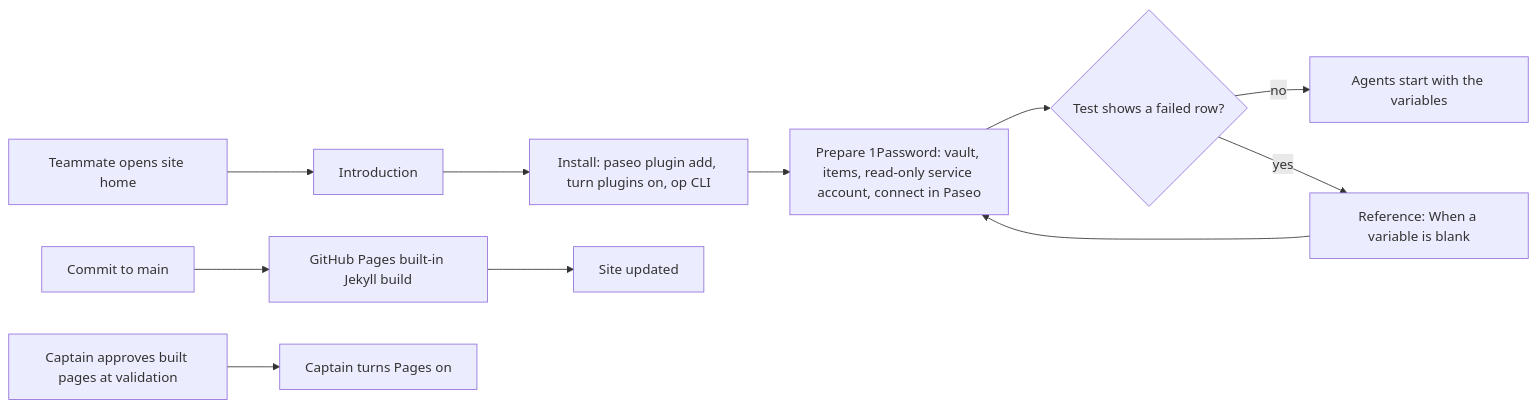
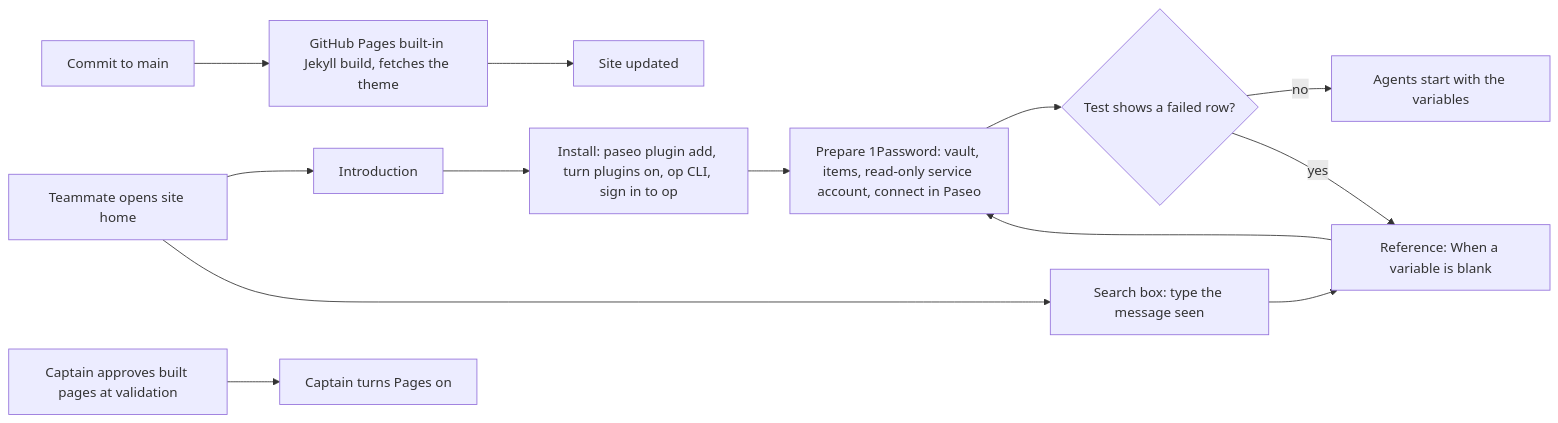
One commit to iamcxa/kc-paseo-plugins changed the diagram in project-env-docs-site.md. Above: the diagram before and after it, drawn with Mermaid. The commit also changed other lines of this file and 55 other files, not shown here.

Commit message:
ideation(project-env-docs-site): cycle 2, just-the-docs theme, sign-in step, search, review 4 and decline check 2

````diff
--- a/project-env-docs-site.md
+++ b/project-env-docs-site.md
@@ -96,12 +99,13 @@
 ```mermaid
 flowchart LR
   R[Teammate opens site home] --> I[Introduction]
-  I --> N[Install: paseo plugin add, turn plugins on, op CLI]
+  I --> N[Install: paseo plugin add, turn plugins on, op CLI, sign in to op]
   N --> P[Prepare 1Password: vault, items, read-only service account, connect in Paseo]
   P --> T{Test shows a failed row?}
   T -- no --> D[Agents start with the variables]
   T -- yes --> B[Reference: When a variable is blank]
   B --> P
-  M[Commit to main] --> J[GitHub Pages built-in Jekyll build] --> S[Site updated]
+  R --> Q[Search box: type the message seen] --> B
+  M[Commit to main] --> J[GitHub Pages built-in Jekyll build, fetches the theme] --> S[Site updated]
   C[Captain approves built pages at validation] --> G[Captain turns Pages on]
 ```
````
